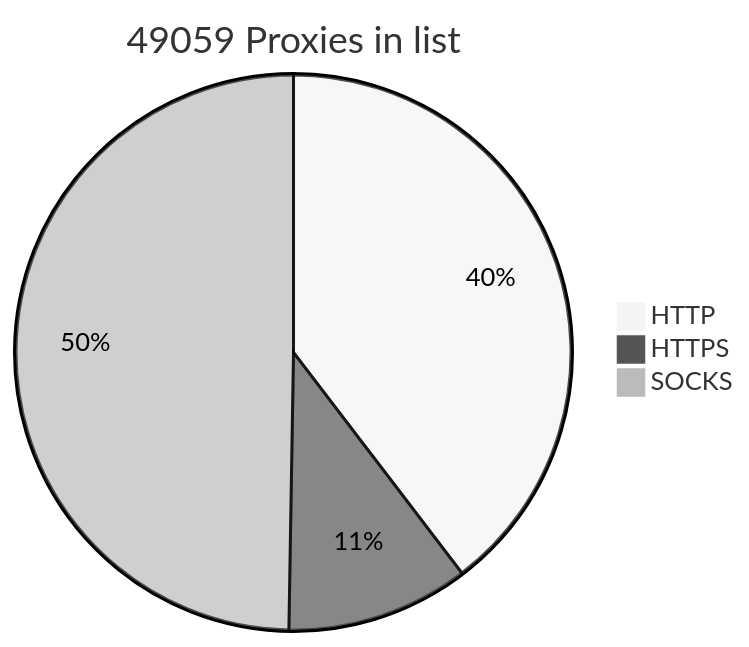
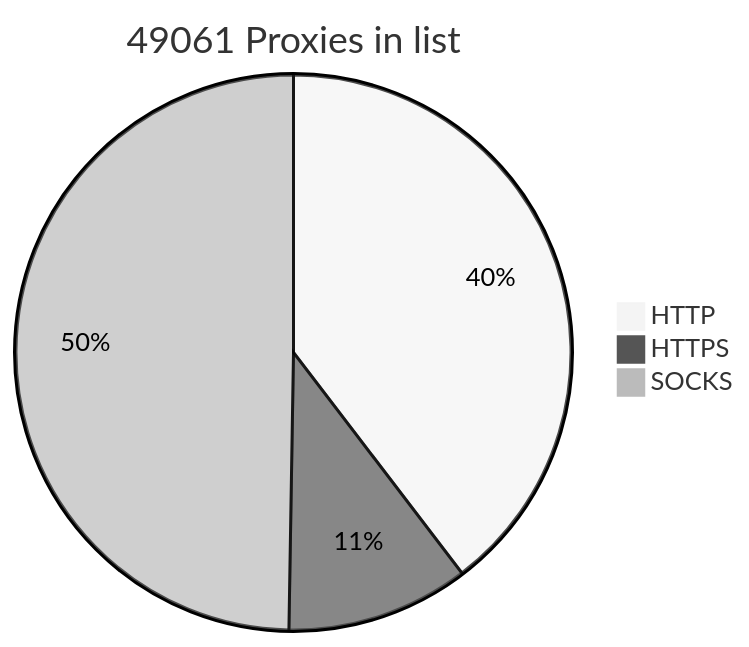
The diagram in README.md (BlackSnowDot/proxylist-update-every-minute), drawn with Mermaid (neutral theme) before and after one commit.

````diff
--- a/README.md
+++ b/README.md
@@ -2,6 +2,6 @@
 ```mermaid
-pie title 49059 Proxies in list
+pie title 49061 Proxies in list
     "HTTP" : 21465
     "HTTPS": 5766
-    "SOCKS" : 26944
+    "SOCKS" : 26946
 ```
````
